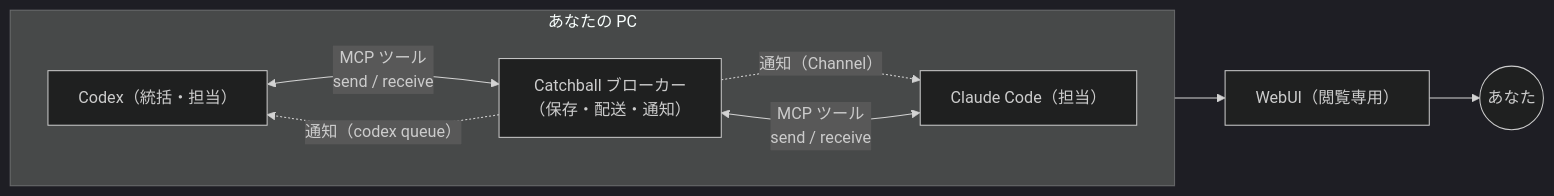
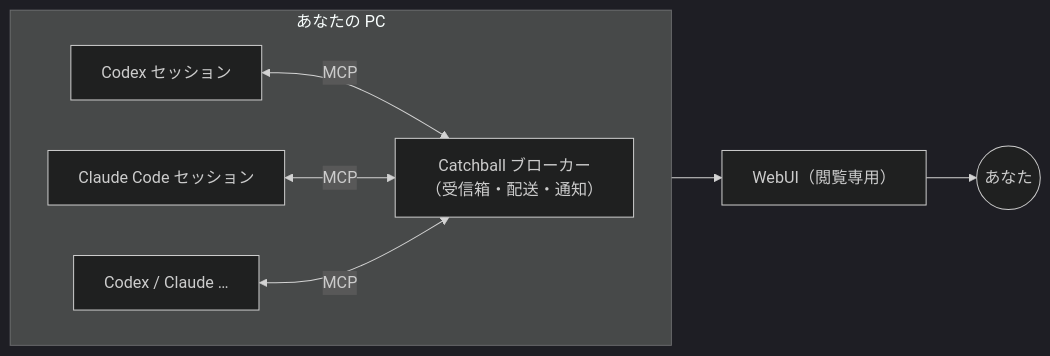
The diagram in README.md (Ramo-Inc/Catchball), drawn with Mermaid (dark theme) before and after one commit. The commit also changed other lines of this file, not shown here.

First line of the commit message:
Describe Catchball as an agent message bus in the README

````diff
--- a/README.md
+++ b/README.md
@@ -16,15 +19,15 @@
 ```mermaid
 flowchart LR
   subgraph PC["あなたの PC"]
     direction LR
-    CX["Codex（統括・担当）"]
-    CL["Claude Code（担当）"]
-    BR["Catchball ブローカー<br/>（保存・配送・通知）"]
-    CX <-- "MCP ツール<br/>send / receive" --> BR
-    CL <-- "MCP ツール<br/>send / receive" --> BR
-    BR -. "通知（codex queue）" .-> CX
-    BR -. "通知（Channel）" .-> CL
+    A["Codex セッション"]
+    B["Claude Code セッション"]
+    C["Codex / Claude …"]
+    BR["Catchball ブローカー<br/>（受信箱・配送・通知）"]
+    A <-- "MCP" --> BR
+    B <-- "MCP" --> BR
+    C <-- "MCP" --> BR
   end
   BR --> UI["WebUI（閲覧専用）"]
   UI --> YOU(("あなた"))
 ```
````
